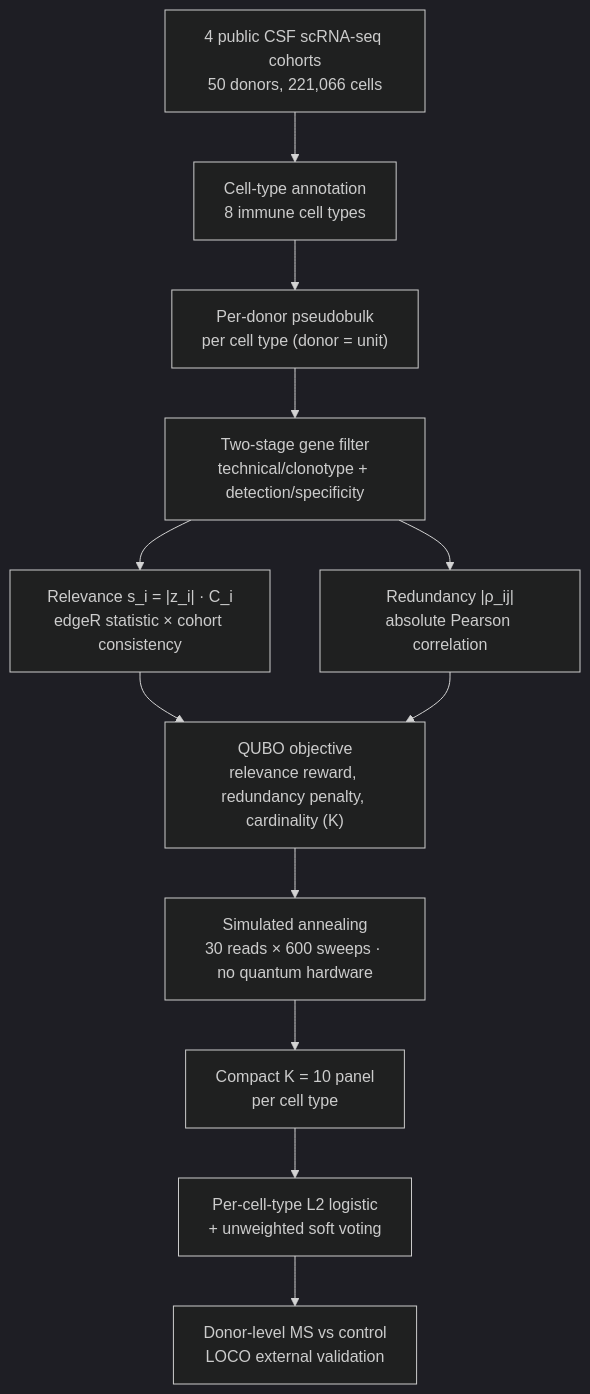
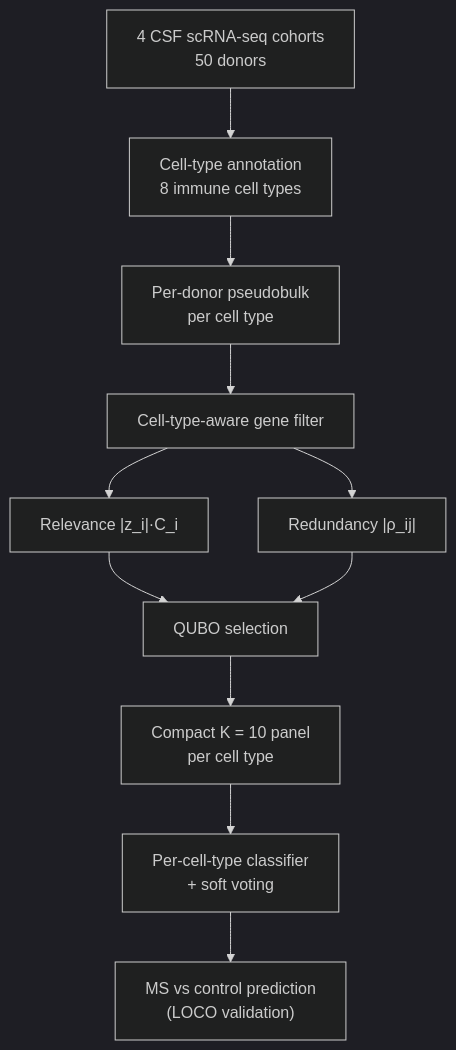
Before and after one commit to christina-18/qubofs: the diagram in README.md, drawn with Mermaid (dark theme). The commit also changed other lines of this file, not shown here.

````diff
--- a/README.md
+++ b/README.md
@@ -11,14 +11,13 @@
 ```mermaid
 flowchart TD
-    A["4 public CSF scRNA-seq cohorts<br/>50 donors, 221,066 cells"] --> B["Cell-type annotation<br/>8 immune cell types"]
-    B --> C["Per-donor pseudobulk<br/>per cell type (donor = unit)"]
-    C --> D["Two-stage gene filter<br/>technical/clonotype + detection/specificity"]
-    D --> E["Relevance s_i = |z_i| · C_i<br/>edgeR statistic × cohort consistency"]
-    D --> F["Redundancy |ρ_ij|<br/>absolute Pearson correlation"]
-    E --> G["QUBO objective<br/>relevance reward, redundancy penalty, cardinality (K)"]
+    A["4 CSF scRNA-seq cohorts<br/>50 donors"] --> B["Cell-type annotation<br/>8 immune cell types"]
+    B --> C["Per-donor pseudobulk<br/>per cell type"]
+    C --> D["Cell-type-aware gene filter"]
+    D --> E["Relevance |z_i|·C_i"]
+    D --> F["Redundancy |ρ_ij|"]
+    E --> G["QUBO selection"]
     F --> G
-    G --> H["Simulated annealing<br/>30 reads × 600 sweeps · no quantum hardware"]
-    H --> I["Compact K = 10 panel<br/>per cell type"]
-    I --> J["Per-cell-type L2 logistic<br/>+ unweighted soft voting"]
-    J --> K["Donor-level MS vs control<br/>LOCO external validation"]
+    G --> H["Compact K = 10 panel<br/>per cell type"]
+    H --> I["Per-cell-type classifier<br/>+ soft voting"]
+    I --> J["MS vs control prediction<br/>(LOCO validation)"]
 ```
````
